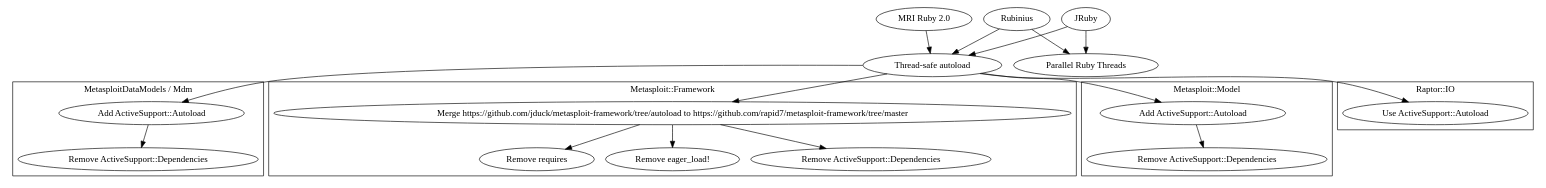
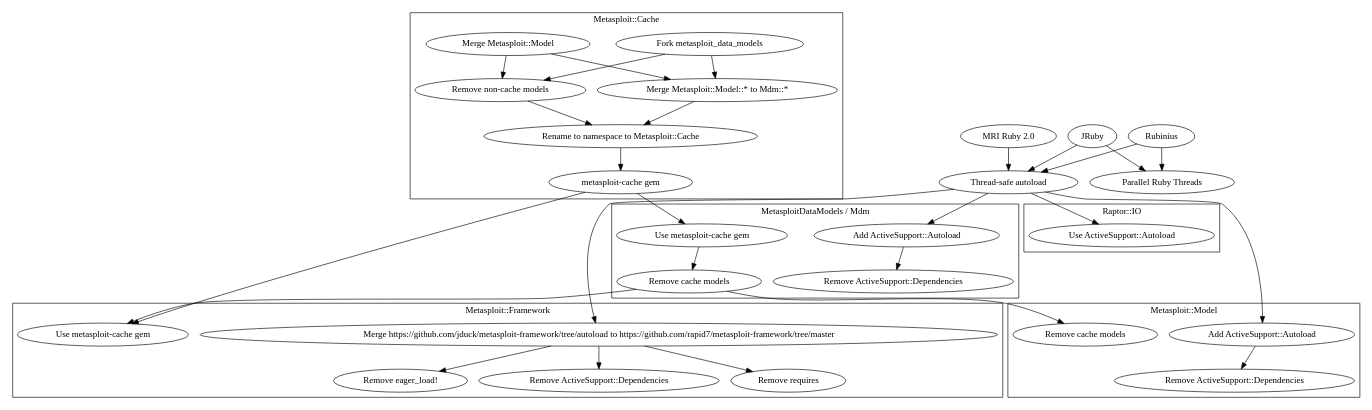
One commit to limhoff-r7/metasploit-framework changed the diagram in BRAINSTORM.dot. Above: the diagram before and after it, drawn with Graphviz.

Commit message:
Metasploit::Cache extraction brainstorming

```diff
--- a/BRAINSTORM.dot
+++ b/BRAINSTORM.dot
@@ -1,57 +1,95 @@
 digraph brainstorm {
   jruby [label="JRuby"]
   rubinius [label="Rubinius"]
 
   thread_safe_autoload [label="Thread-safe autoload"]
   parallel_ruby_threads [label="Parallel Ruby Threads"]
   
   jruby -> thread_safe_autoload
   jruby -> parallel_ruby_threads
 
   "MRI Ruby 2.0" -> thread_safe_autoload
 
   rubinius -> thread_safe_autoload
   rubinius -> parallel_ruby_threads
 
   thread_safe_autoload -> metasploit_data_models_autoload
   thread_safe_autoload -> metasploit_framework_autoload
   thread_safe_autoload -> metasploit_model_autoload
   thread_safe_autoload -> raptor_io_autoload
 
+  subgraph cluster_metasploit_cache {
+    label = "Metasploit::Cache"
+
+    metasploit_cache_fork [label = "Fork metasploit_data_models"]
+    metasploit_cache_metasploit_model_merge [label="Merge Metasploit::Model"]
+    metasploit_cache_prune [label="Remove non-cache models"]
+    metasploit_cache_integration [label="Merge Metasploit::Model::* to Mdm::*"]
+    metasploit_cache_rename [label = "Rename to namespace to Metasploit::Cache"]
+    metasploit_cache_gem [label = "metasploit-cache gem"]
+
+    metasploit_cache_fork -> metasploit_cache_prune
+    metasploit_cache_metasploit_model_merge -> metasploit_cache_prune
+
+    metasploit_cache_fork -> metasploit_cache_integration
+    metasploit_cache_metasploit_model_merge -> metasploit_cache_integration
+
+    metasploit_cache_integration -> metasploit_cache_rename
+    metasploit_cache_prune -> metasploit_cache_rename
+
+    metasploit_cache_rename -> metasploit_cache_gem
+  }
+
   subgraph cluster_metasploit_data_models {
     label = "MetasploitDataModels / Mdm"
 
     metasploit_data_models_autoload [label="Add ActiveSupport::Autoload"]
     metasploit_data_models_dependencies [label="Remove ActiveSupport::Dependencies"]
+    metasploit_data_models_metasploit_cache_gem [label="Use metasploit-cache gem"]
+    metasploit_data_models_metasploit_cache_removal [label="Remove cache models"]
 
     metasploit_data_models_autoload -> metasploit_data_models_dependencies
+    metasploit_data_models_metasploit_cache_gem -> metasploit_data_models_metasploit_cache_removal
   }
+
+  metasploit_cache_gem ->  metasploit_data_models_metasploit_cache_gem
 
   subgraph cluster_metasploit_framework {
     label = "Metasploit::Framework"
 
     metasploit_framework_autoload [label="Merge https://github.com/jduck/metasploit-framework/tree/autoload to https://github.com/rapid7/metasploit-framework/tree/master"]
     metasploit_framework_dependencies [label="Remove ActiveSupport::Dependencies"]
     metasploit_framework_requires [label="Remove requires"]
     metasploit_framework_eager_load [label="Remove eager_load!"]
+    metasploit_framework_metasploit_cache_gem [label = "Use metasploit-cache gem"]
 
     metasploit_framework_autoload -> metasploit_framework_dependencies
     metasploit_framework_autoload -> metasploit_framework_requires
     metasploit_framework_autoload -> metasploit_framework_eager_load
   }
 
+  metasploit_cache_gem -> metasploit_framework_metasploit_cache_gem
+  metasploit_data_models_metasploit_cache_removal -> metasploit_framework_metasploit_cache_gem
+
   subgraph cluster_metasploit_model {
     label = "Metasploit::Model"
 
     metasploit_model_autoload [label="Add ActiveSupport::Autoload"]
     metasploit_model_dependencies [label="Remove ActiveSupport::Dependencies"]
+    metasploit_model_metasploit_cache_removal [label="Remove cache models"]
 
     metasploit_model_autoload -> metasploit_model_dependencies
   }
+
+  metasploit_data_models_metasploit_cache_removal -> metasploit_model_metasploit_cache_removal
 
   subgraph cluster_raptor_io {
     label = "Raptor::IO"
 
     raptor_io_autoload [label="Use ActiveSupport::Autoload"]
   }
+
+  subgraph cluster_metasploit_record {
+
+  }
 }
```
